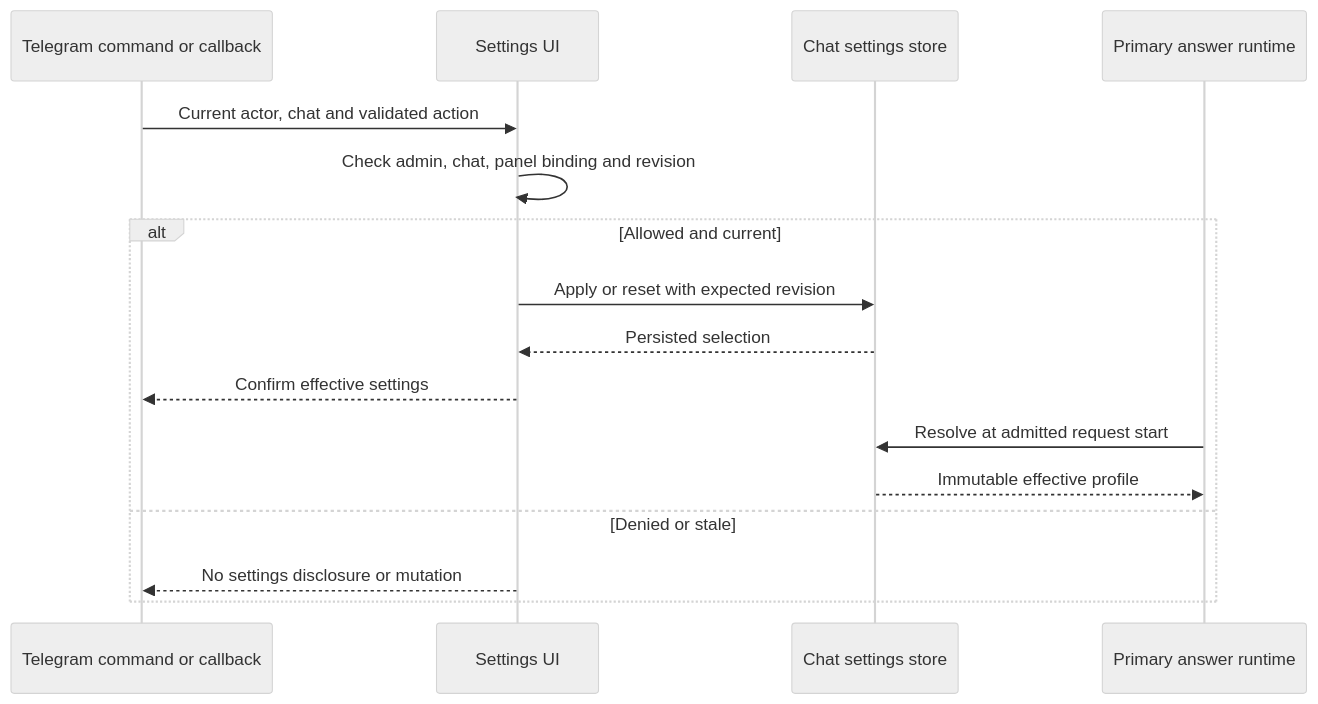
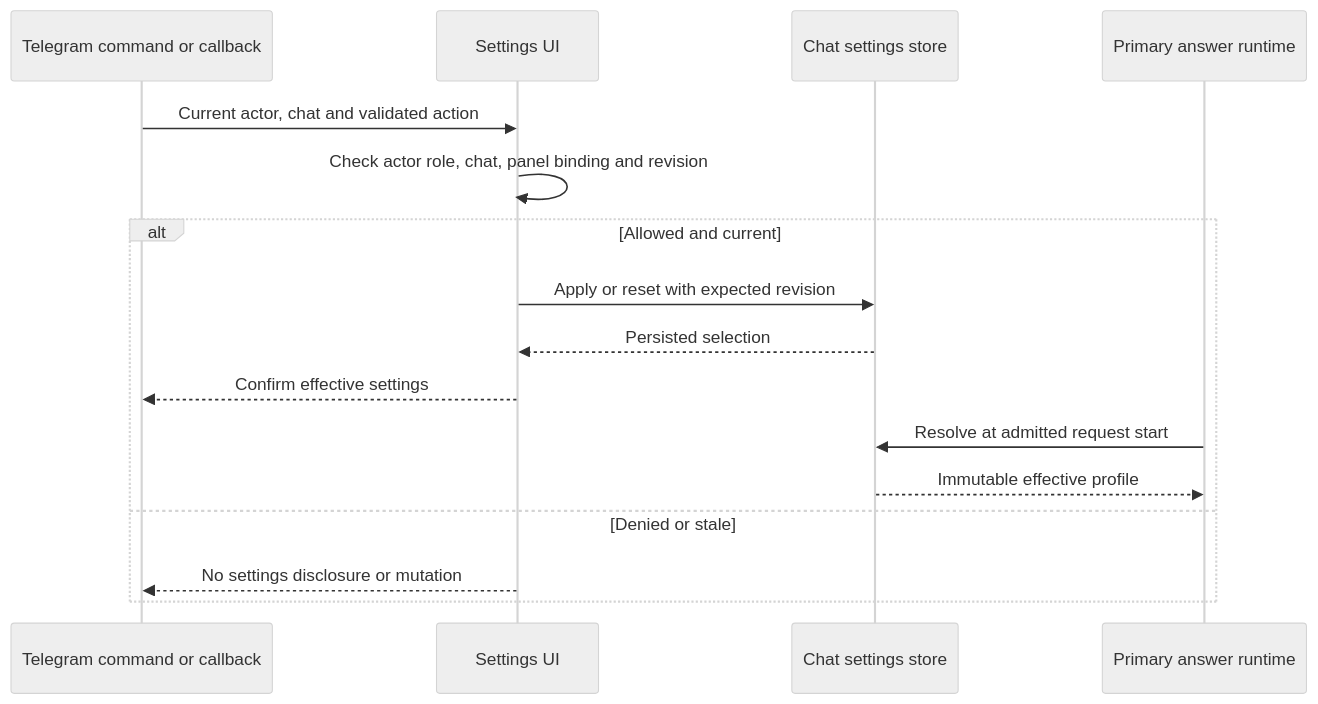
The diagram in docs/chat-model-settings.md (Turkevich91/Aigan), drawn with Mermaid (neutral theme) before and after one commit. The commit also changed other lines of this file and 8 other files, not shown here.

````diff
--- a/docs/chat-model-settings.md
+++ b/docs/chat-model-settings.md
@@ -131,18 +142,18 @@
 ```mermaid
 sequenceDiagram
     participant T as Telegram command or callback
     participant U as Settings UI
     participant S as Chat settings store
     participant R as Primary answer runtime
     T->>U: Current actor, chat and validated action
-    U->>U: Check admin, chat, panel binding and revision
+    U->>U: Check actor role, chat, panel binding and revision
     alt Allowed and current
         U->>S: Apply or reset with expected revision
         S-->>U: Persisted selection
         U-->>T: Confirm effective settings
         R->>S: Resolve at admitted request start
         S-->>R: Immutable effective profile
     else Denied or stale
         U-->>T: No settings disclosure or mutation
     end
 ```
````
